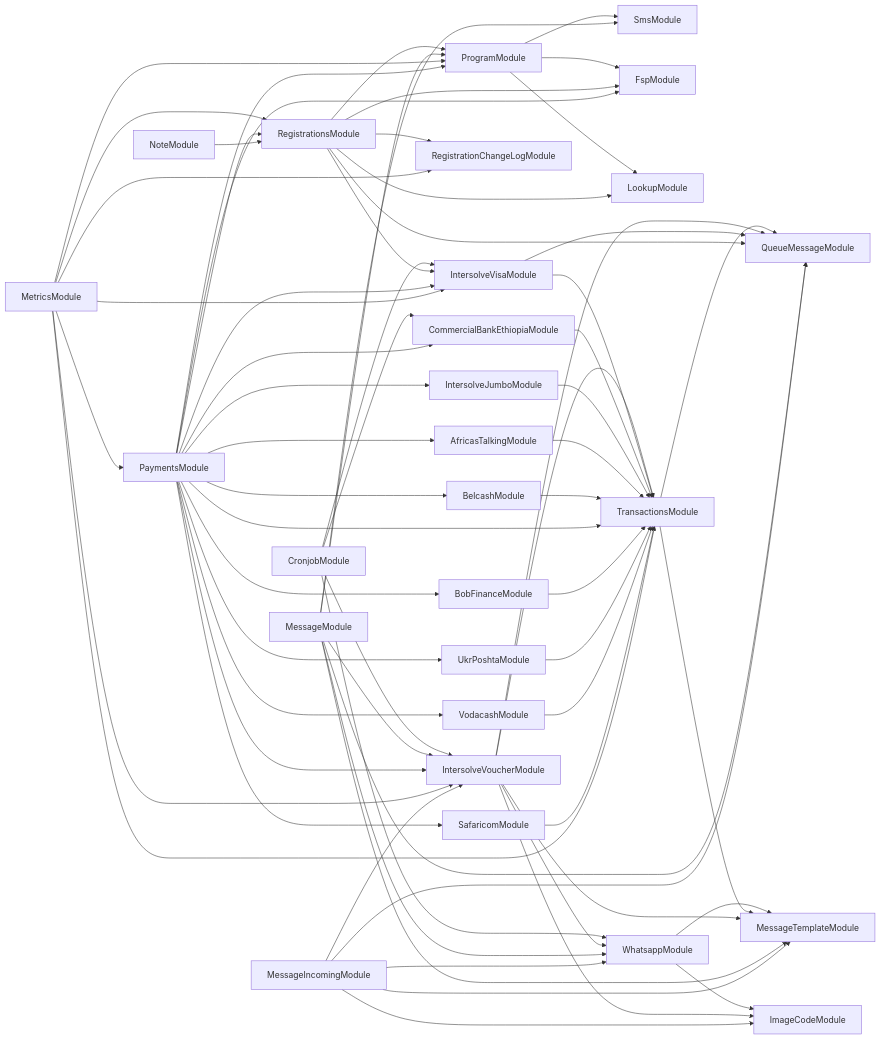
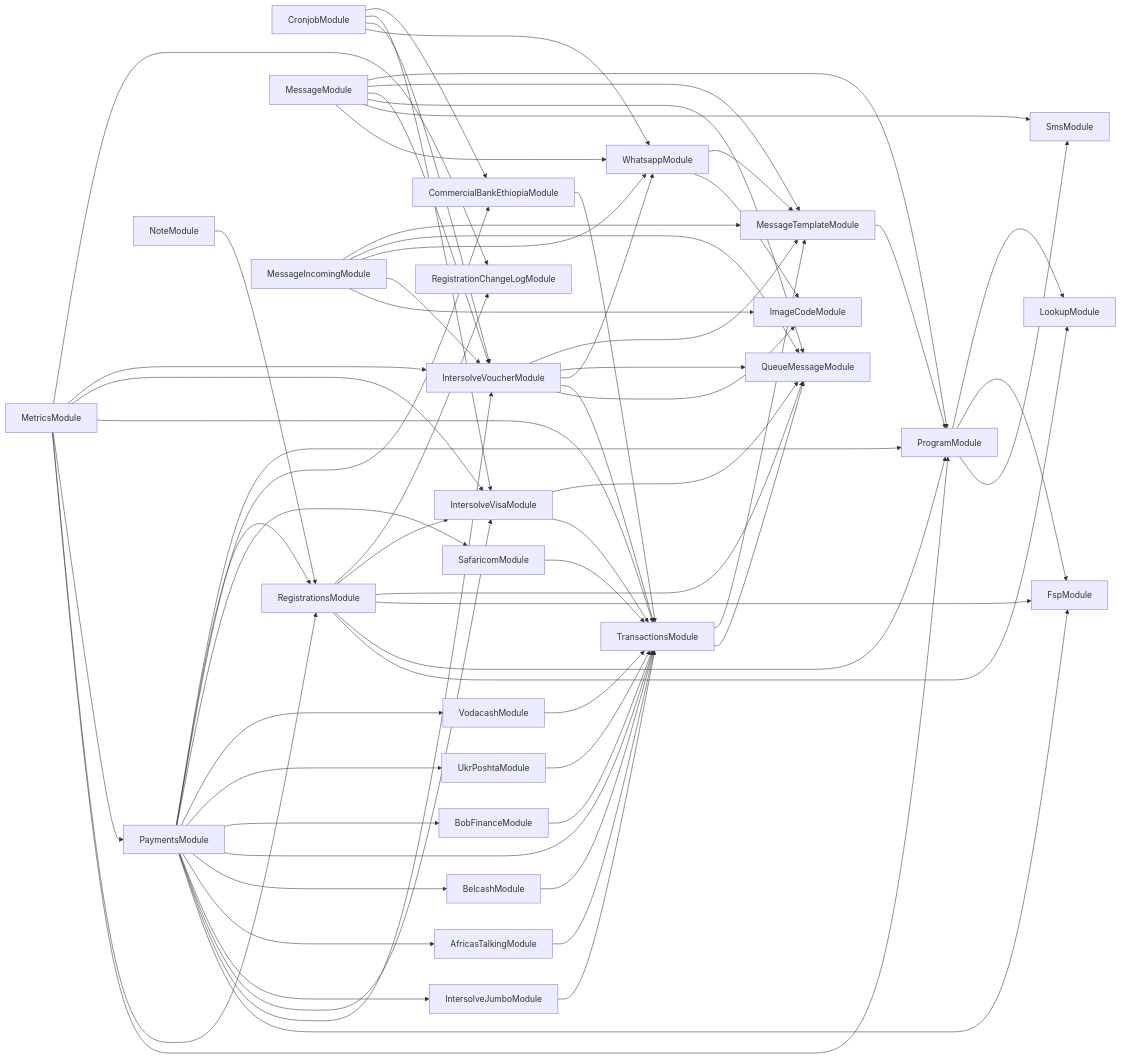
Before and after one commit to global-121/121-platform: the diagram in services/121-service/module-dependencies.md, drawn with Mermaid. The commit also changed 26 other files, not shown here.

````diff
--- a/services/121-service/module-dependencies.md
+++ b/services/121-service/module-dependencies.md
@@ -3,68 +3,69 @@
 ```mermaid
 graph LR
   ProgramModule-->SmsModule
   ProgramModule-->FspModule
   ProgramModule-->LookupModule
   CronjobModule-->WhatsappModule
   WhatsappModule-->ImageCodeModule
   WhatsappModule-->MessageTemplateModule
+  MessageTemplateModule-->ProgramModule
   CronjobModule-->IntersolveVoucherModule
   IntersolveVoucherModule-->ImageCodeModule
   IntersolveVoucherModule-->TransactionsModule
   TransactionsModule-->QueueMessageModule
   TransactionsModule-->MessageTemplateModule
   IntersolveVoucherModule-->WhatsappModule
   IntersolveVoucherModule-->QueueMessageModule
   IntersolveVoucherModule-->MessageTemplateModule
   CronjobModule-->IntersolveVisaModule
   IntersolveVisaModule-->TransactionsModule
   IntersolveVisaModule-->QueueMessageModule
   CronjobModule-->CommercialBankEthiopiaModule
   CommercialBankEthiopiaModule-->TransactionsModule
   RegistrationsModule-->LookupModule
   RegistrationsModule-->ProgramModule
   RegistrationsModule-->FspModule
   RegistrationsModule-->QueueMessageModule
   RegistrationsModule-->IntersolveVisaModule
   RegistrationsModule-->RegistrationChangeLogModule
   MessageModule-->WhatsappModule
   MessageModule-->SmsModule
   MessageModule-->QueueMessageModule
   MessageModule-->IntersolveVoucherModule
   MessageModule-->MessageTemplateModule
   MessageModule-->ProgramModule
   MetricsModule-->ProgramModule
   MetricsModule-->RegistrationsModule
   MetricsModule-->PaymentsModule
   PaymentsModule-->FspModule
   PaymentsModule-->IntersolveVoucherModule
   PaymentsModule-->IntersolveVisaModule
   PaymentsModule-->IntersolveJumboModule
   IntersolveJumboModule-->TransactionsModule
   PaymentsModule-->AfricasTalkingModule
   AfricasTalkingModule-->TransactionsModule
   PaymentsModule-->BelcashModule
   BelcashModule-->TransactionsModule
   PaymentsModule-->TransactionsModule
   PaymentsModule-->BobFinanceModule
   BobFinanceModule-->TransactionsModule
   PaymentsModule-->UkrPoshtaModule
   UkrPoshtaModule-->TransactionsModule
   PaymentsModule-->VodacashModule
   VodacashModule-->TransactionsModule
   PaymentsModule-->SafaricomModule
   SafaricomModule-->TransactionsModule
   PaymentsModule-->CommercialBankEthiopiaModule
   PaymentsModule-->RegistrationsModule
   PaymentsModule-->ProgramModule
   MetricsModule-->TransactionsModule
   MetricsModule-->IntersolveVisaModule
   MetricsModule-->IntersolveVoucherModule
   MetricsModule-->RegistrationChangeLogModule
   MessageIncomingModule-->ImageCodeModule
   MessageIncomingModule-->IntersolveVoucherModule
   MessageIncomingModule-->WhatsappModule
   MessageIncomingModule-->QueueMessageModule
   MessageIncomingModule-->MessageTemplateModule
   NoteModule-->RegistrationsModule
 ```
````
